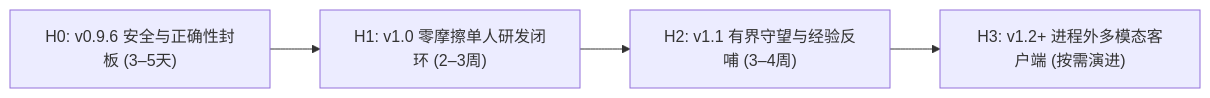
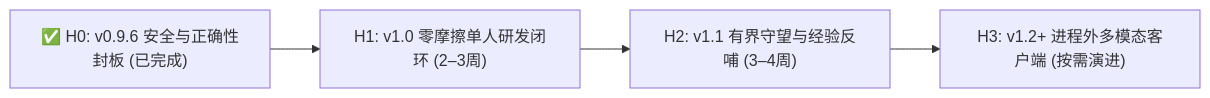
Before and after one commit to oyasmi/pipiclaw: the second of 2 diagrams in docs/reviews/2026-11-15-deep-review-and-roadmap.md, drawn with Mermaid. The commit also changed other lines of this file and 10 other files, not shown here.

````diff
--- a/docs/reviews/2026-11-15-deep-review-and-roadmap.md
+++ b/docs/reviews/2026-11-15-deep-review-and-roadmap.md
@@ -256,6 +256,6 @@
 ```mermaid
 flowchart LR
-    H0["H0: v0.9.6 安全与正确性封板 (3–5天)"] --> H1["H1: v1.0 零摩擦单人研发闭环 (2–3周)"]
+    H0["✅ H0: v0.9.6 安全与正确性封板 (已完成)"] --> H1["H1: v1.0 零摩擦单人研发闭环 (2–3周)"]
     H1 --> H2["H2: v1.1 有界守望与经验反哺 (3–4周)"]
     H2 --> H3["H3: v1.2+ 进程外多模态客户端 (按需演进)"]
 ```
````
